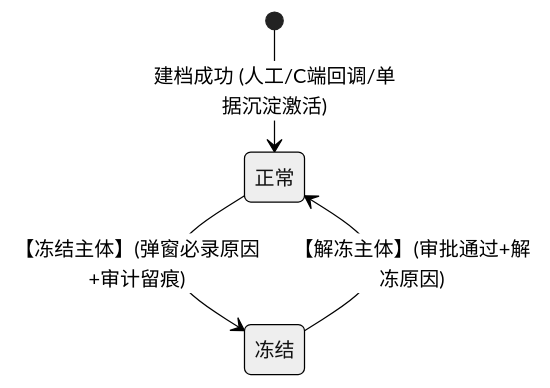
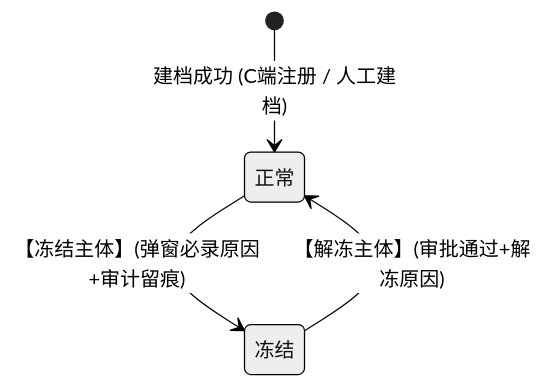
One commit to RobertHuang999/SYZC changed the first of 3 diagrams in 02-PRD文档/B-迭代需求/6.3版本（2026.09）/04-合作方档案/合作方主数据-公共业务规则规格.md. Above: the diagram before and after it, drawn with Mermaid (neutral theme). The commit also changed other lines of this file and 37 other files, not shown here.

````diff
--- a/02-PRD文档/B-迭代需求/6.3版本（2026.09）/04-合作方档案/合作方主数据-公共业务规则规格.md
+++ b/02-PRD文档/B-迭代需求/6.3版本（2026.09）/04-合作方档案/合作方主数据-公共业务规则规格.md
@@ -75,7 +75,7 @@
 ```mermaid
 stateDiagram-v2
-    [*] --> 正常: 建档成功 (人工/C端回调/单据沉淀激活)
+    [*] --> 正常: 建档成功 (C端注册 / 人工建档)
 
     正常 --> 冻结: 【冻结主体】(弹窗必录原因+审计留痕)
     冻结 --> 正常: 【解冻主体】(审批通过+解冻原因)
 ```
````
